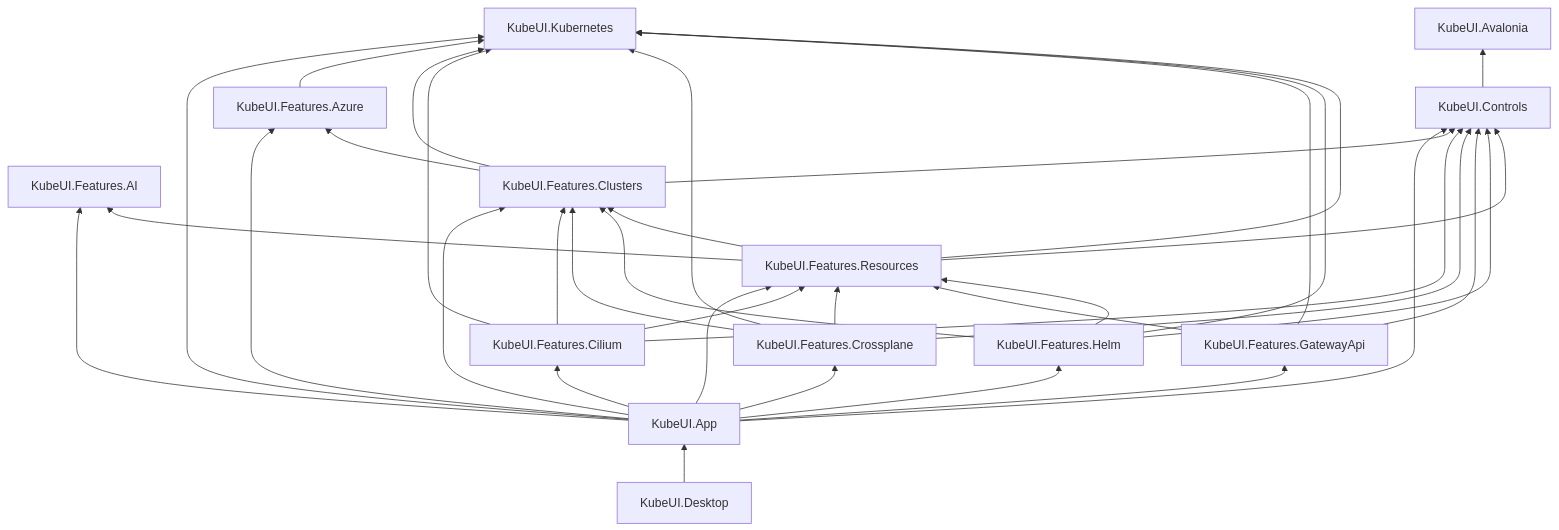
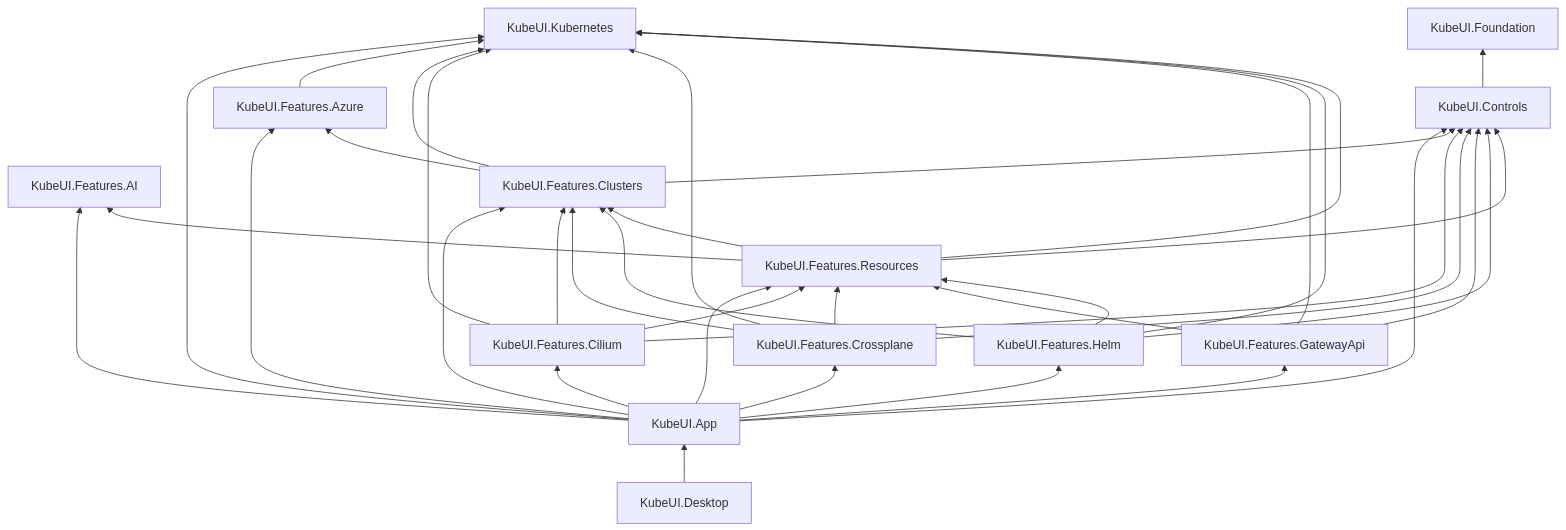
One commit to IvanJosipovic/KubeUI changed the diagram in docs/architecture/ownership-map.md. Above: the diagram before and after it, drawn with Mermaid. The commit also changed other lines of this file and 1 other file, not shown here.

````diff
--- a/docs/architecture/ownership-map.md
+++ b/docs/architecture/ownership-map.md
@@ -27,38 +27,38 @@
 ```mermaid
 flowchart BT
     Desktop["KubeUI.Desktop"] --> App["KubeUI.App"]
     App --> Kubernetes["KubeUI.Kubernetes"]
     App --> Controls["KubeUI.Controls"]
     App --> AI["KubeUI.Features.AI"]
     App --> Azure["KubeUI.Features.Azure"]
     App --> Clusters["KubeUI.Features.Clusters"]
     App --> Cilium["KubeUI.Features.Cilium"]
     App --> Crossplane["KubeUI.Features.Crossplane"]
     App --> Gateway["KubeUI.Features.GatewayApi"]
     App --> Helm["KubeUI.Features.Helm"]
     App --> Resources["KubeUI.Features.Resources"]
-    Controls --> Foundation["KubeUI.Avalonia"]
+    Controls --> Foundation["KubeUI.Foundation"]
     Azure --> Kubernetes
     Clusters --> Controls
     Clusters --> Azure
     Clusters --> Kubernetes
     Cilium --> Controls
     Cilium --> Clusters
     Cilium --> Resources
     Cilium --> Kubernetes
     Crossplane --> Controls
     Crossplane --> Clusters
     Crossplane --> Resources
     Crossplane --> Kubernetes
     Gateway --> Controls
     Gateway --> Resources
     Gateway --> Kubernetes
     Helm --> Controls
     Helm --> Clusters
     Helm --> Resources
     Helm --> Kubernetes
     Resources --> Controls
     Resources --> AI
     Resources --> Clusters
     Resources --> Kubernetes
 ```
````
